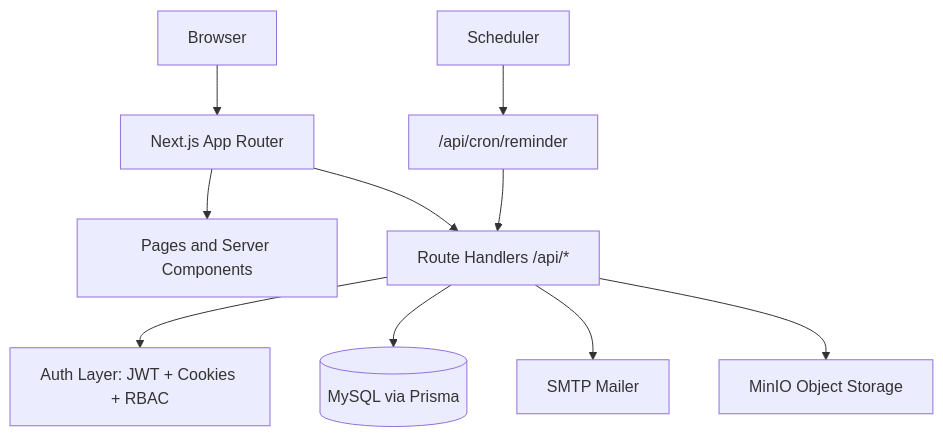
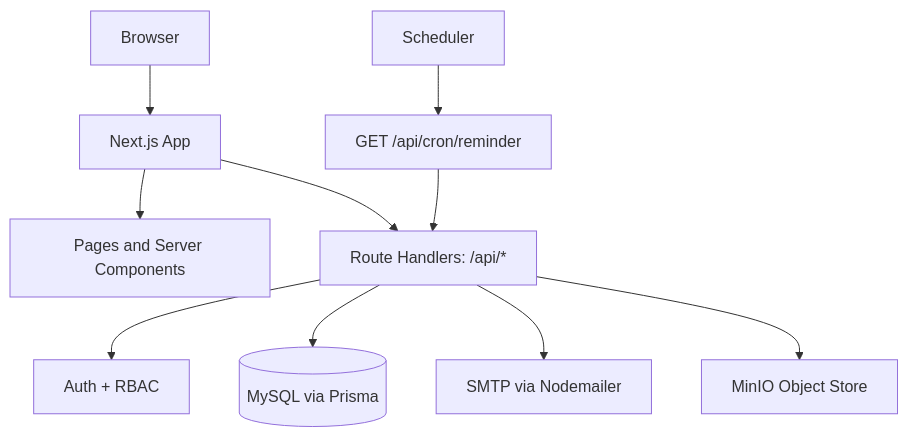
Before and after one commit to Preritkumar16/CoE-Main: the first of 4 diagrams in README.md, drawn with Mermaid. The commit also changed other lines of this file, not shown here.

````diff
--- a/README.md
+++ b/README.md
@@ -50,12 +77,12 @@
 ```mermaid
 flowchart TD
-  U[Browser] --> P[Next.js App Router]
-  P --> WEB[Pages and Server Components]
-  P --> API[Route Handlers /api/*]
-  API --> AUTH[Auth Layer: JWT + Cookies + RBAC]
-  API --> DB[(MySQL via Prisma)]
-  API --> MAIL[SMTP Mailer]
-  API --> OBJ[MinIO Object Storage]
-  CRON[Scheduler] --> REM["/api/cron/reminder"]
-  REM --> API
+  B[Browser] --> N[Next.js App]
+  N --> P[Pages and Server Components]
+  N --> R[Route Handlers: /api/*]
+  R --> A[Auth + RBAC]
+  R --> D[(MySQL via Prisma)]
+  R --> M[SMTP via Nodemailer]
+  R --> S[MinIO Object Store]
+  C[Scheduler] --> CR[GET /api/cron/reminder]
+  CR --> R
 ```
````
